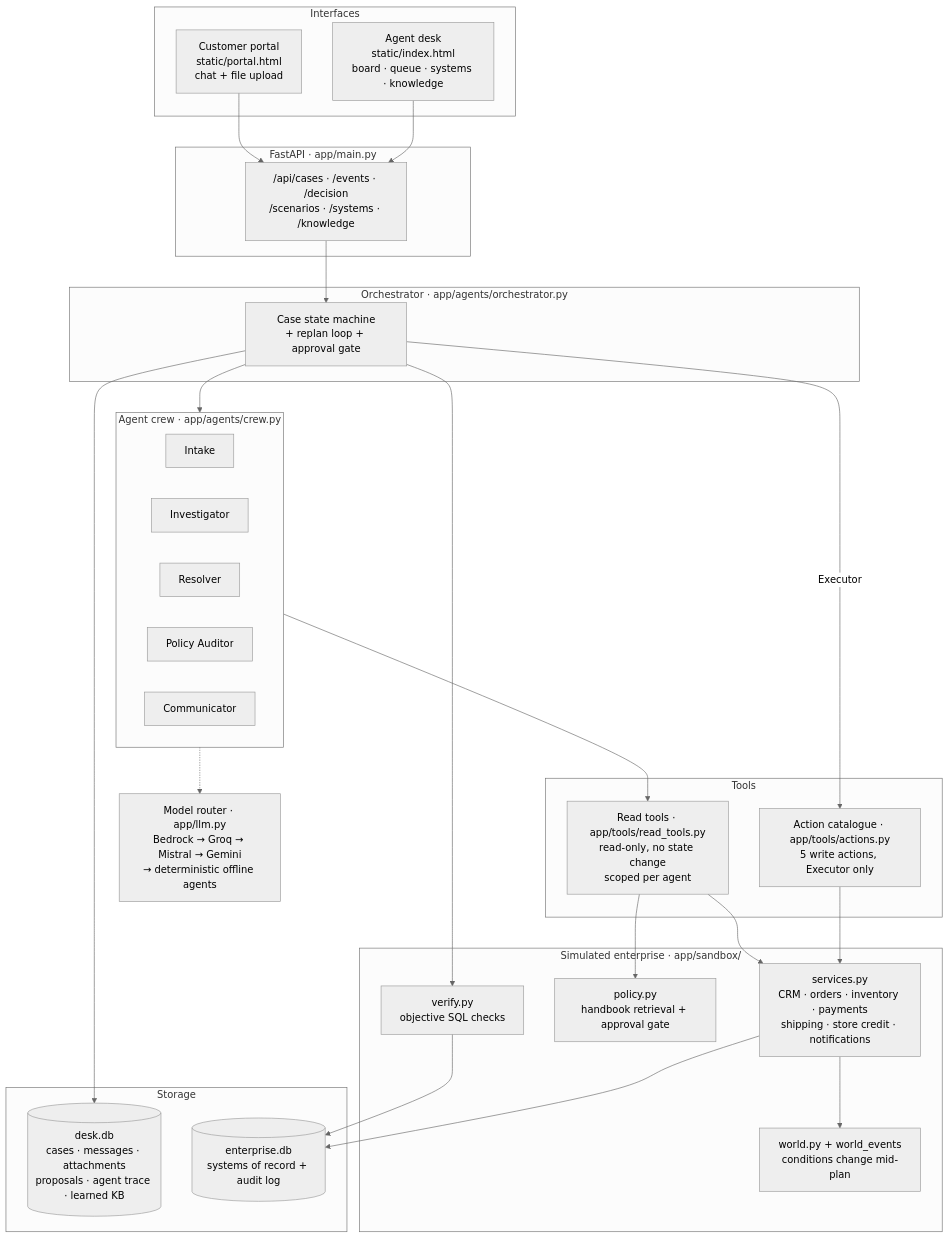
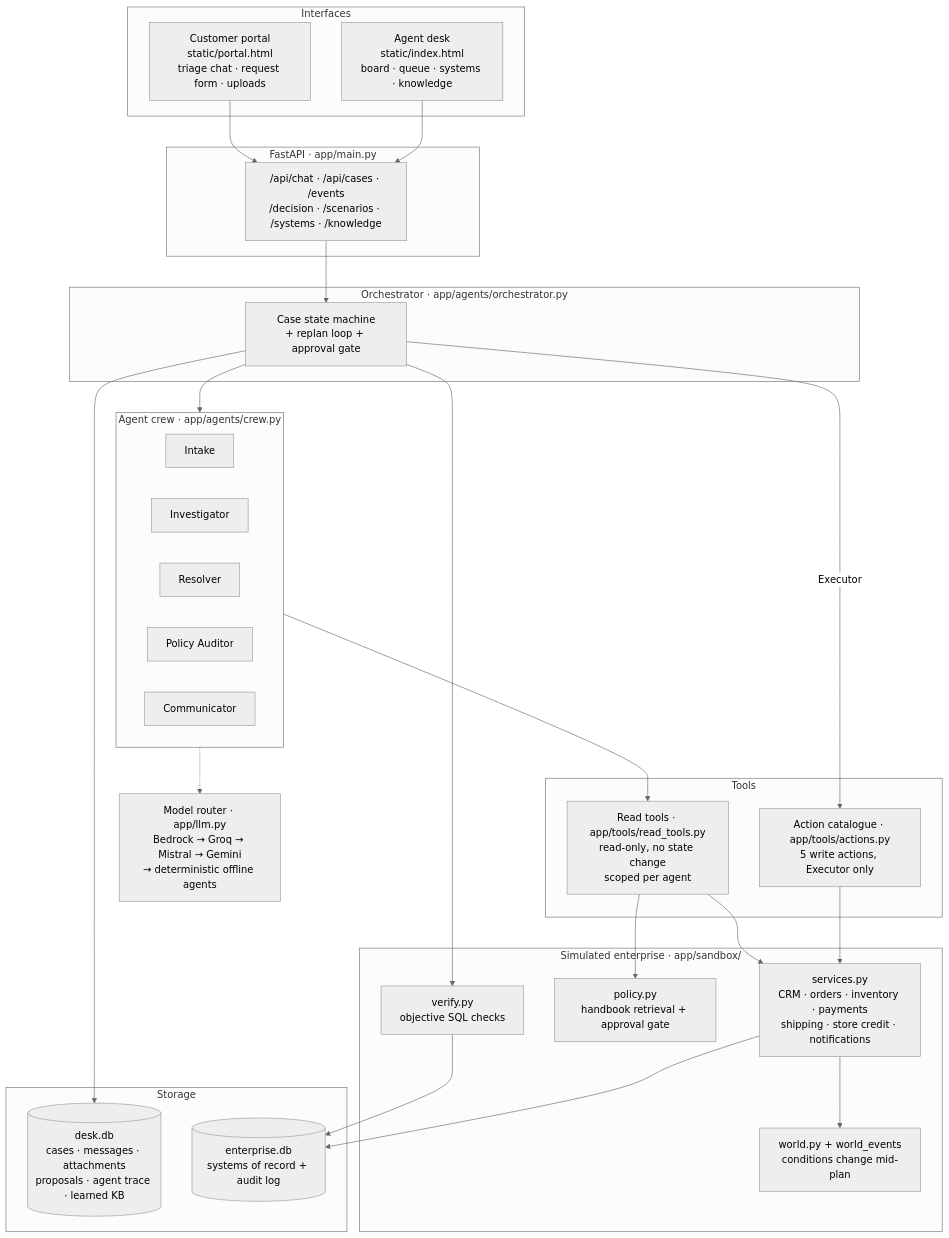
Before and after one commit to Parth-sarthidubey/Agentic_Customer_Resolution_CasePilot: the first of 2 diagrams in docs/ARCHITECTURE.md, drawn with Mermaid (neutral theme).

Commit message:
Show the chat and form entry points on the architecture diagram

````diff
--- a/docs/ARCHITECTURE.md
+++ b/docs/ARCHITECTURE.md
@@ -16,58 +16,58 @@
 ```mermaid
 flowchart TB
     subgraph UI["Interfaces"]
-        PORTAL["Customer portal<br/>static/portal.html<br/>chat + file upload"]
+        PORTAL["Customer portal<br/>static/portal.html<br/>triage chat · request form · uploads"]
         DESK["Agent desk<br/>static/index.html<br/>board · queue · systems · knowledge"]
     end
 
     subgraph API["FastAPI · app/main.py"]
-        REST["/api/cases · /events · /decision<br/>/scenarios · /systems · /knowledge"]
+        REST["/api/chat · /api/cases · /events<br/>/decision · /scenarios · /systems · /knowledge"]
     end
 
     subgraph ORCH["Orchestrator · app/agents/orchestrator.py"]
         SM["Case state machine<br/>+ replan loop + approval gate"]
     end
 
     subgraph CREW["Agent crew · app/agents/crew.py"]
         A1["Intake"]
         A2["Investigator"]
         A3["Resolver"]
         A4["Policy Auditor"]
         A5["Communicator"]
     end
 
     subgraph TOOLS["Tools"]
         RT["Read tools · app/tools/read_tools.py<br/>read-only, no state change<br/>scoped per agent"]
         AC["Action catalogue · app/tools/actions.py<br/>5 write actions, Executor only"]
     end
 
     subgraph SANDBOX["Simulated enterprise · app/sandbox/"]
         SVC["services.py<br/>CRM · orders · inventory · payments<br/>shipping · store credit · notifications"]
         POL["policy.py<br/>handbook retrieval + approval gate"]
         WRLD["world.py + world_events<br/>conditions change mid-plan"]
         VER["verify.py<br/>objective SQL checks"]
     end
 
     subgraph DATA["Storage"]
         DB1[("desk.db<br/>cases · messages · attachments<br/>proposals · agent trace · learned KB")]
         DB2[("enterprise.db<br/>systems of record + audit log")]
     end
 
     LLM["Model router · app/llm.py<br/>Bedrock → Groq → Mistral → Gemini<br/>→ deterministic offline agents"]
 
     PORTAL --> REST
     DESK --> REST
     REST --> SM
     SM --> CREW
     CREW --> RT
     SM -->|Executor| AC
     RT --> SVC
     RT --> POL
     AC --> SVC
     SVC --> WRLD
     SM --> VER
     VER --> DB2
     SVC --> DB2
     SM --> DB1
     CREW -.-> LLM
 ```
````
